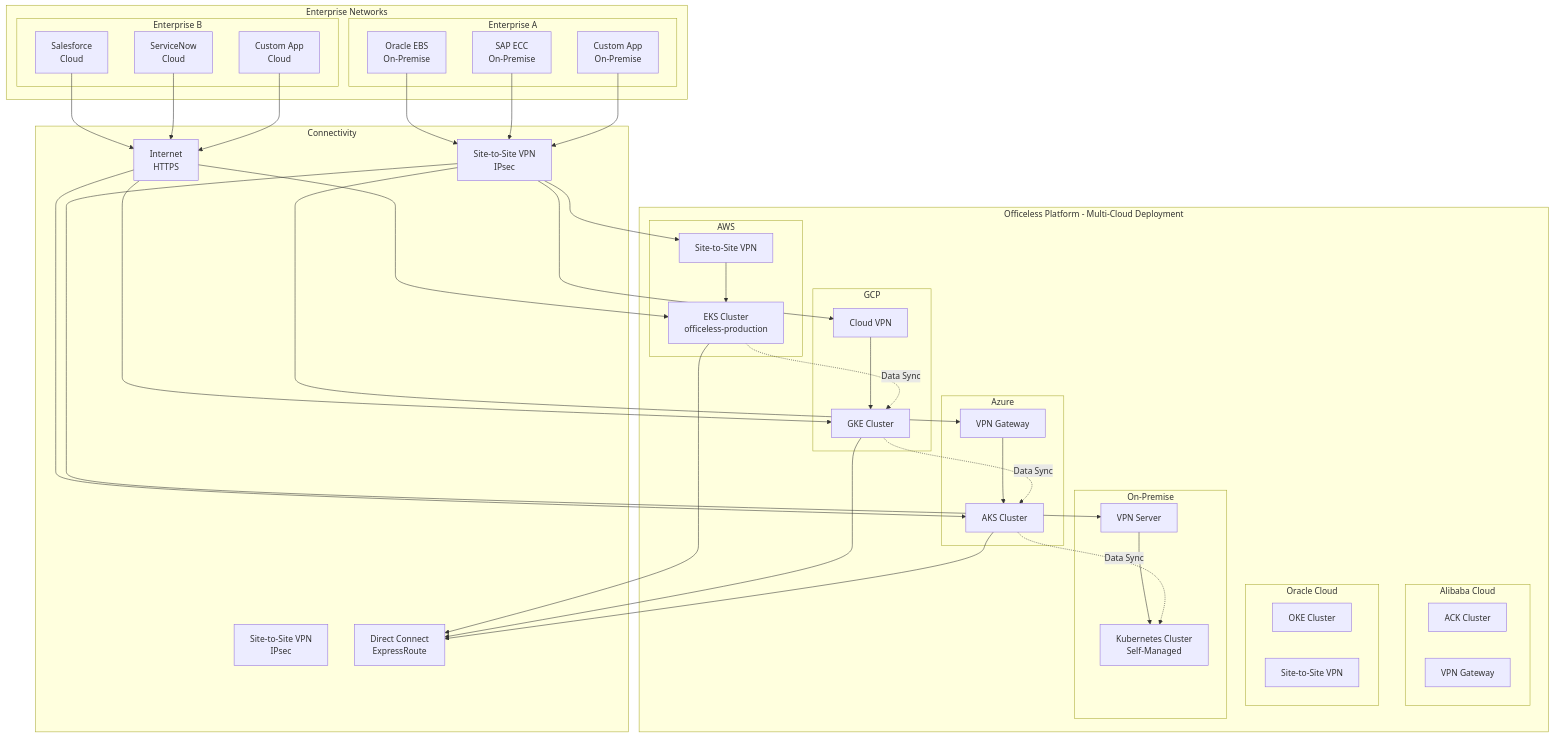
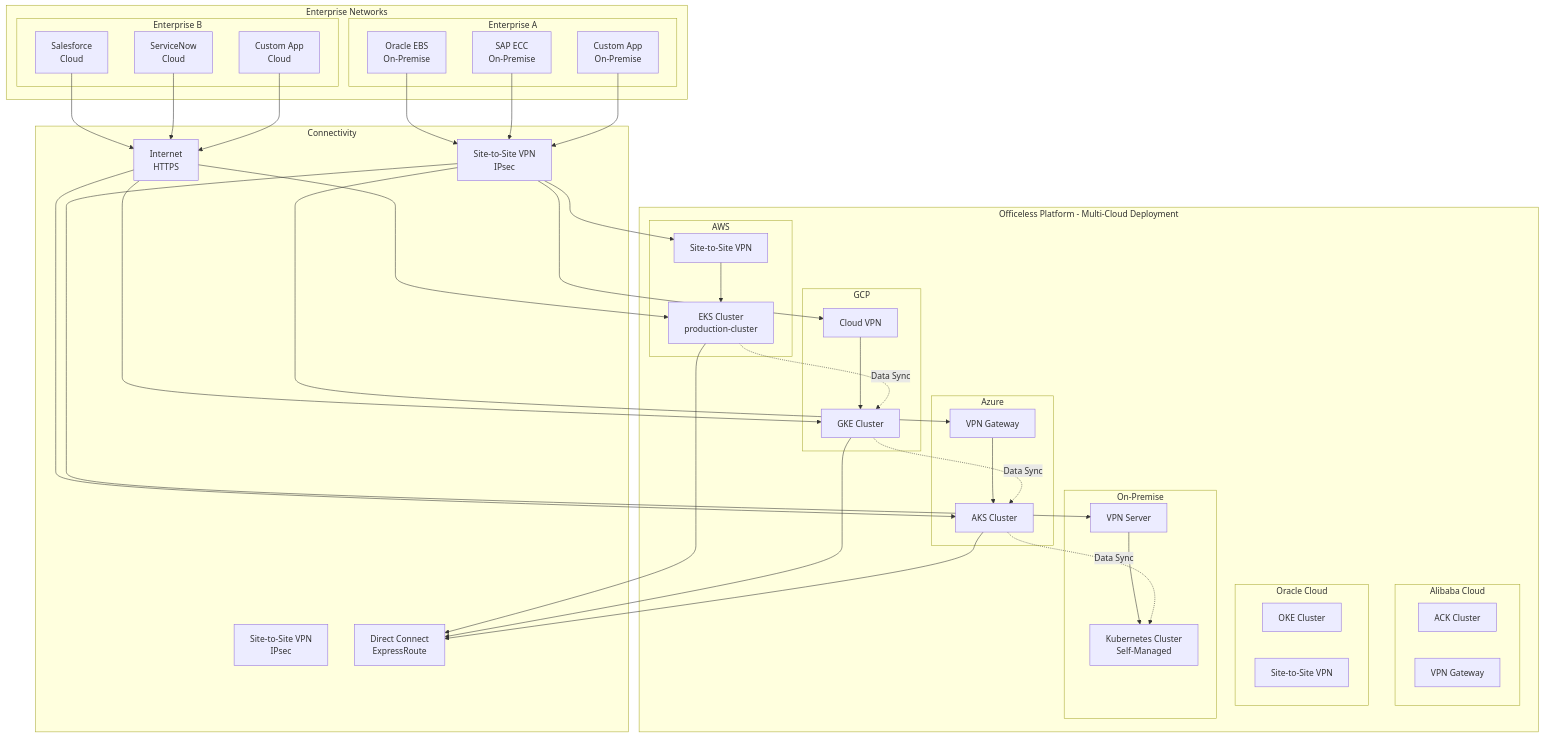
One commit to officeless-platform/officeless-platform changed the diagram in docs/10-multi-cloud-deployment.md. Above: the diagram before and after it, drawn with Mermaid. The commit also changed 11 other files, not shown here.

```diff
--- a/docs/10-multi-cloud-deployment.md
+++ b/docs/10-multi-cloud-deployment.md
@@ -30,7 +30,7 @@
     
     subgraph "Officeless Platform - Multi-Cloud Deployment"
         subgraph "AWS"
-            AWS_EKS[EKS Cluster<br/>officeless-production]
+            AWS_EKS[EKS Cluster<br/>production-cluster]
             AWS_VPN[Site-to-Site VPN]
         end
         
```
